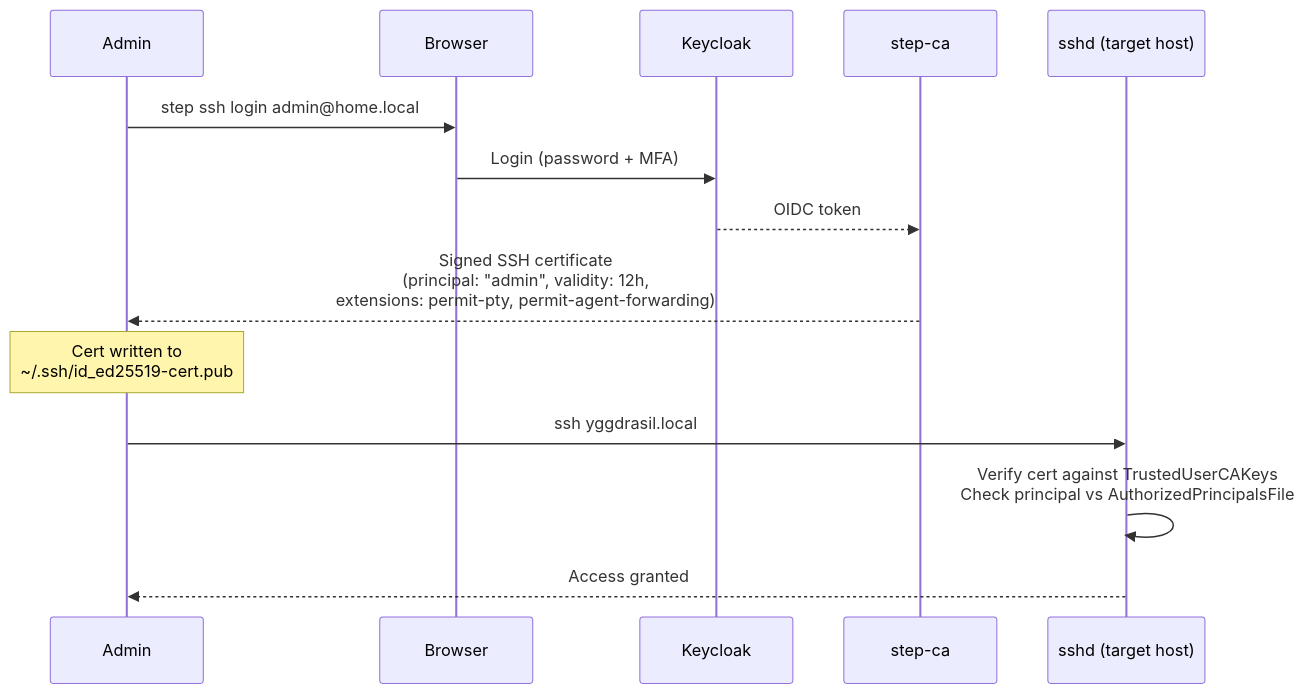
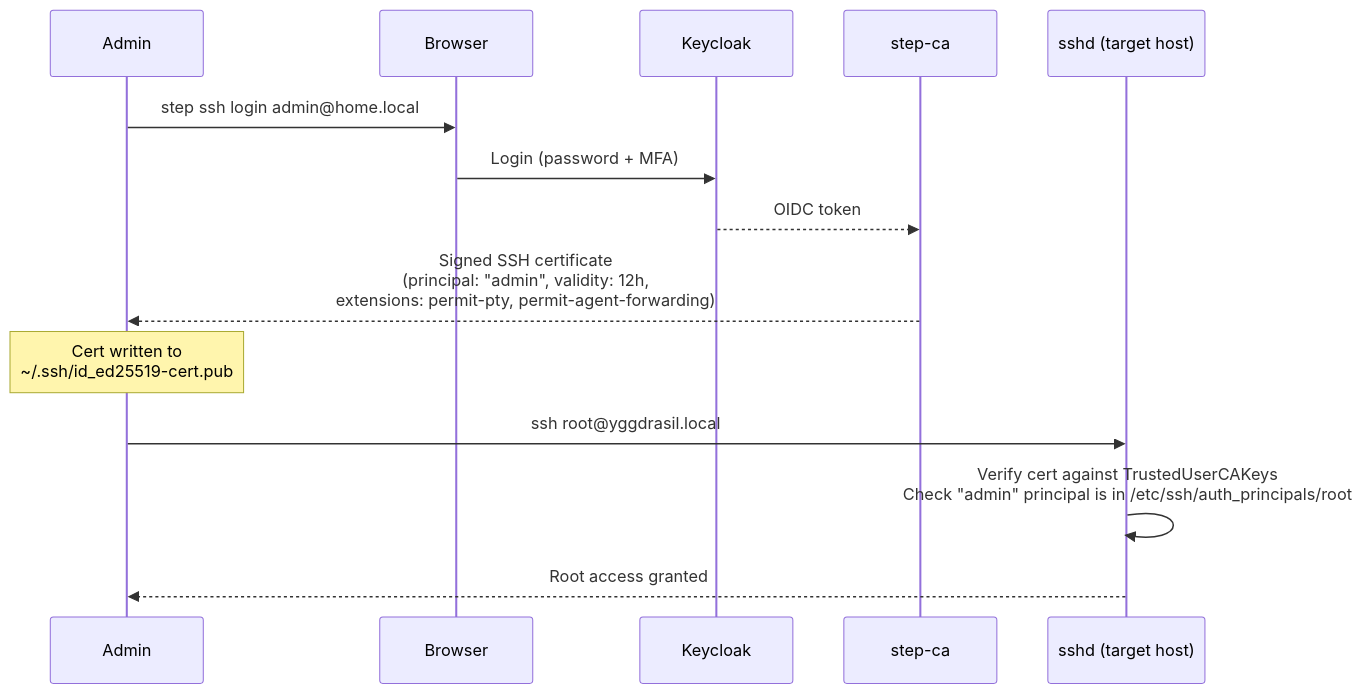
The second of 4 diagrams in llm-notes/ssh-certificates-sso-plan.md (mutantmell/dotfiles), drawn with Mermaid before and after one commit. The commit also changed other lines of this file, not shown here.

First line of the commit message:
docs: clarify principals are certificate identities, not Unix users

````diff
--- a/llm-notes/ssh-certificates-sso-plan.md
+++ b/llm-notes/ssh-certificates-sso-plan.md
@@ -76,17 +92,17 @@
 ```mermaid
 sequenceDiagram
     participant Admin
     participant Browser
     participant Keycloak
     participant step-ca
     participant sshd as sshd (target host)
 
     Admin->>Browser: step ssh login admin@home.local
     Browser->>Keycloak: Login (password + MFA)
     Keycloak-->>step-ca: OIDC token
     step-ca-->>Admin: Signed SSH certificate<br/>(principal: "admin", validity: 12h,<br/>extensions: permit-pty, permit-agent-forwarding)
     Note over Admin: Cert written to<br/>~/.ssh/id_ed25519-cert.pub
-    Admin->>sshd: ssh yggdrasil.local
-    sshd->>sshd: Verify cert against TrustedUserCAKeys<br/>Check principal vs AuthorizedPrincipalsFile
-    sshd-->>Admin: Access granted
+    Admin->>sshd: ssh root@yggdrasil.local
+    sshd->>sshd: Verify cert against TrustedUserCAKeys<br/>Check "admin" principal is in /etc/ssh/auth_principals/root
+    sshd-->>Admin: Root access granted
 ```
````
